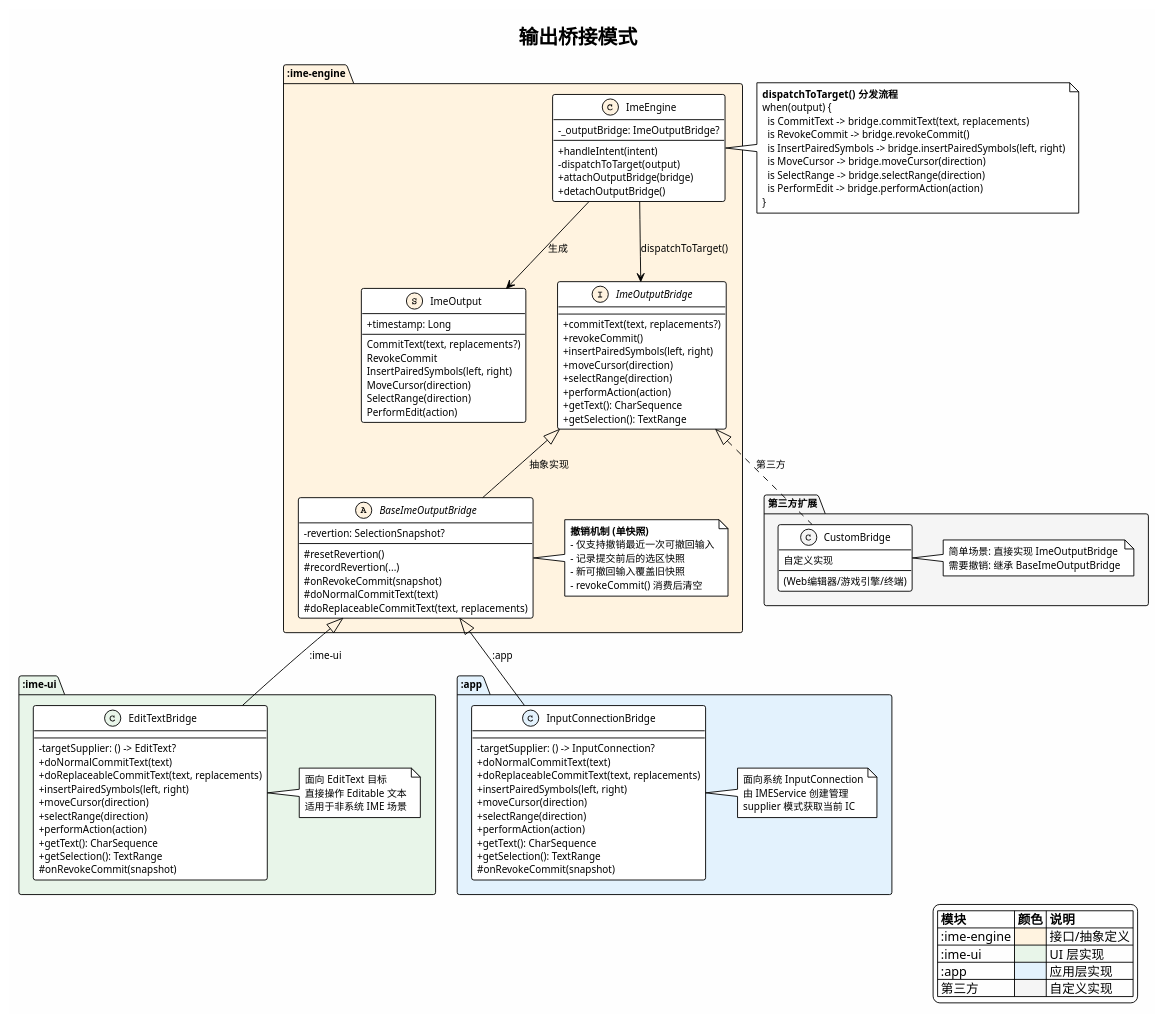
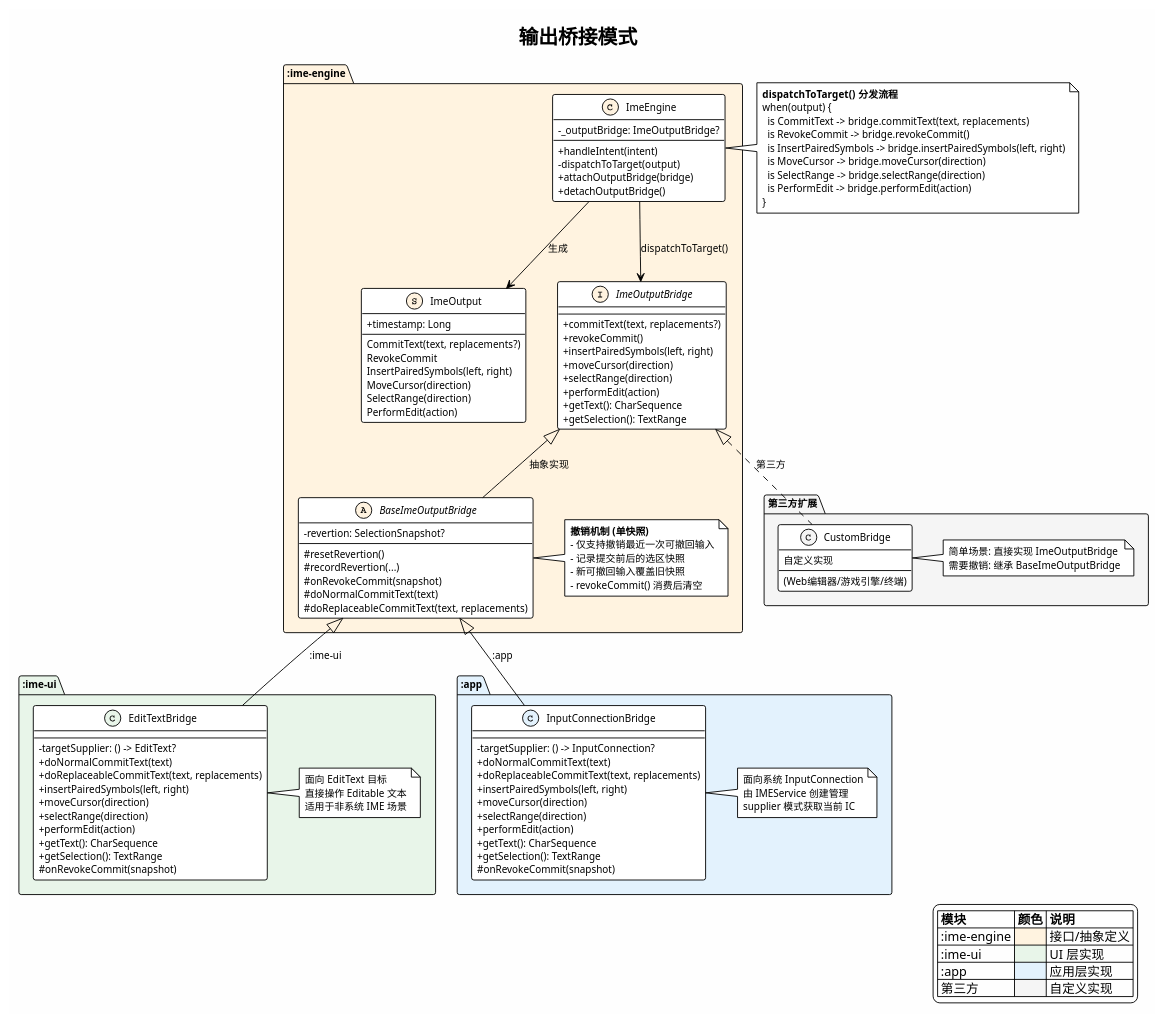
The diagram in docs/ai-agent/v4/design/diagrams/engine-output-bridge.puml (crazydan-studio/kuaizi-ime-android), drawn with PlantUML before and after one commit. The commit also changed 5 other files, not shown here.

Commit message:
refactor(docs): rename EditorAction→EditorEditAction, performAction→performEdit

```diff
--- a/docs/ai-agent/v4/design/diagrams/engine-output-bridge.puml
+++ b/docs/ai-agent/v4/design/diagrams/engine-output-bridge.puml
@@ -1,144 +1,144 @@
 @startuml engine-output-bridge
 !theme plain
 skinparam backgroundColor #FEFEFE
 skinparam classAttributeIconSize 0
 skinparam defaultFontSize 11
 
 title 输出桥接模式
 
 legend right
   |= 模块 |= 颜色 |= 说明 |
   | :ime-engine | <#FFF3E0> | 接口/抽象定义 |
   | :ime-ui | <#E8F5E9> | UI 层实现 |
   | :app | <#E3F2FD> | 应用层实现 |
   | 第三方 | <#F5F5F5> | 自定义实现 |
 endlegend
 
 ' ===== ImeOutput =====
 package ":ime-engine" #FFF3E0 {
 
   class ImeOutput <<(S,#FFF3E0)>> {
     + timestamp: Long
     --
     CommitText(text, replacements?)
     RevokeCommit
     InsertPairedSymbols(left, right)
     MoveCursor(direction)
     SelectRange(direction)
     PerformEdit(action)
   }
 
   class ImeEngine <<(C,#FFF3E0)>> {
     + handleIntent(intent)
     - dispatchToTarget(output)
     - _outputBridge: ImeOutputBridge?
     + attachOutputBridge(bridge)
     + detachOutputBridge()
   }
 
   interface ImeOutputBridge <<(I,#FFF3E0)>> {
     + commitText(text, replacements?)
     + revokeCommit()
     + insertPairedSymbols(left, right)
     + moveCursor(direction)
     + selectRange(direction)
-    + performAction(action)
+    + performEdit(action)
     + getText(): CharSequence
     + getSelection(): TextRange
   }
 
   abstract class BaseImeOutputBridge <<(A,#FFF3E0)>> {
     - revertion: SelectionSnapshot?
     # resetRevertion()
     # recordRevertion(...)
     # onRevokeCommit(snapshot)
     # doNormalCommitText(text)
     # doReplaceableCommitText(text, replacements)
   }
 
   note right of BaseImeOutputBridge
     **撤销机制 (单快照)**
     - 仅支持撤销最近一次可撤回输入
     - 记录提交前后的选区快照
     - 新可撤回输入覆盖旧快照
     - revokeCommit() 消费后清空
   end note
 }
 
 ' ===== :ime-ui 实现 =====
 package ":ime-ui" #E8F5E9 {
   class EditTextBridge <<(C,#E8F5E9)>> {
     - targetSupplier: () -> EditText?
     + doNormalCommitText(text)
     + doReplaceableCommitText(text, replacements)
     + insertPairedSymbols(left, right)
     + moveCursor(direction)
     + selectRange(direction)
-    + performAction(action)
+    + performEdit(action)
     + getText(): CharSequence
     + getSelection(): TextRange
     # onRevokeCommit(snapshot)
   }
   note right of EditTextBridge
     面向 EditText 目标
     直接操作 Editable 文本
     适用于非系统 IME 场景
   end note
 }
 
 ' ===== :app 实现 =====
 package ":app" #E3F2FD {
   class InputConnectionBridge <<(C,#E3F2FD)>> {
     - targetSupplier: () -> InputConnection?
     + doNormalCommitText(text)
     + doReplaceableCommitText(text, replacements)
     + insertPairedSymbols(left, right)
     + moveCursor(direction)
     + selectRange(direction)
-    + performAction(action)
+    + performEdit(action)
     + getText(): CharSequence
     + getSelection(): TextRange
     # onRevokeCommit(snapshot)
   }
   note right of InputConnectionBridge
     面向系统 InputConnection
     由 IMEService 创建管理
     supplier 模式获取当前 IC
   end note
 }
 
 ' ===== 第三方自定义 =====
 package "第三方扩展" #F5F5F5 {
   class CustomBridge <<(C,#F5F5F5)>> {
     自定义实现
     (Web编辑器/游戏引擎/终端)
   }
   note right of CustomBridge
     简单场景: 直接实现 ImeOutputBridge
     需要撤销: 继承 BaseImeOutputBridge
   end note
 }
 
 ' ===== 关系 =====
 ImeEngine --> ImeOutput : 生成
 ImeEngine --> ImeOutputBridge : dispatchToTarget()
 
 ImeOutputBridge <|-- BaseImeOutputBridge : 抽象实现
 BaseImeOutputBridge <|-- InputConnectionBridge : :app
 BaseImeOutputBridge <|-- EditTextBridge : :ime-ui
 ImeOutputBridge <|.. CustomBridge : 第三方
 
 ' ===== 分发流程 =====
 note left of ImeEngine
   **dispatchToTarget() 分发流程**
   when(output) {
     is CommitText -> bridge.commitText(text, replacements)
     is RevokeCommit -> bridge.revokeCommit()
     is InsertPairedSymbols -> bridge.insertPairedSymbols(left, right)
     is MoveCursor -> bridge.moveCursor(direction)
     is SelectRange -> bridge.selectRange(direction)
-    is PerformEdit -> bridge.performAction(action)
+    is PerformEdit -> bridge.performEdit(action)
   }
 end note
 
 @enduml
```
